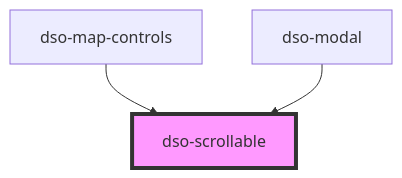
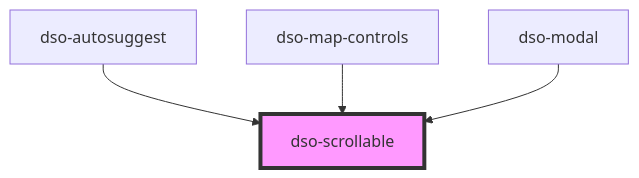
One commit to dso-toolkit/dso-toolkit changed the diagram in packages/core/src/components/scrollable/readme.md. Above: the diagram before and after it, drawn with Mermaid. The commit also changed other lines of this file and 8 other files, not shown here.

Commit message:
#2638 [Added] Autosuggest: scrollable suggestielijst

````diff
--- a/packages/core/src/components/scrollable/readme.md
+++ b/packages/core/src/components/scrollable/readme.md
@@ -21,6 +22,7 @@
 ```mermaid
 graph TD;
+  dso-autosuggest --> dso-scrollable
   dso-map-controls --> dso-scrollable
   dso-modal --> dso-scrollable
   style dso-scrollable fill:#f9f,stroke:#333,stroke-width:4px
 ```
````
